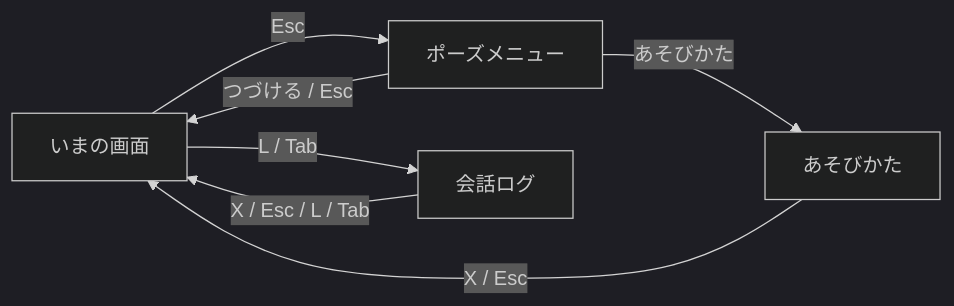
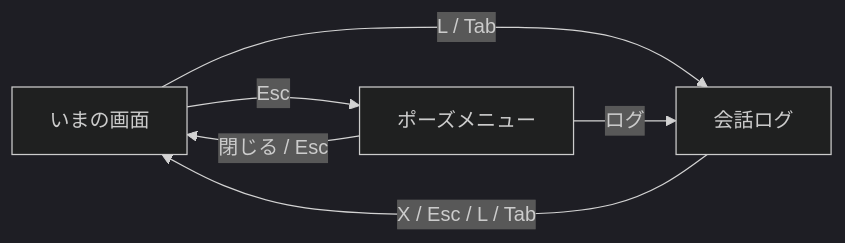
The second of 3 diagrams in wiki/09_システム/02_画面遷移.md (takutoruku1/algo_shoot), drawn with Mermaid (dark theme) before and after one commit. The commit also changed other lines of this file and 34 other files, not shown here.

````diff
--- a/wiki/09_システム/02_画面遷移.md
+++ b/wiki/09_システム/02_画面遷移.md
@@ -69,13 +72,11 @@
 ```mermaid
 flowchart LR
   ANY["いまの画面"]
   PAUSE["ポーズメニュー"]
-  HOW["あそびかた"]
   LOG["会話ログ"]
   ANY -->|Esc| PAUSE
-  PAUSE -->|つづける / Esc| ANY
+  PAUSE -->|閉じる / Esc| ANY
   ANY -->|L / Tab| LOG
   LOG -->|X / Esc / L / Tab| ANY
-  PAUSE -->|あそびかた| HOW
-  HOW -->|X / Esc| ANY
+  PAUSE -->|ログ| LOG
 ```
````
